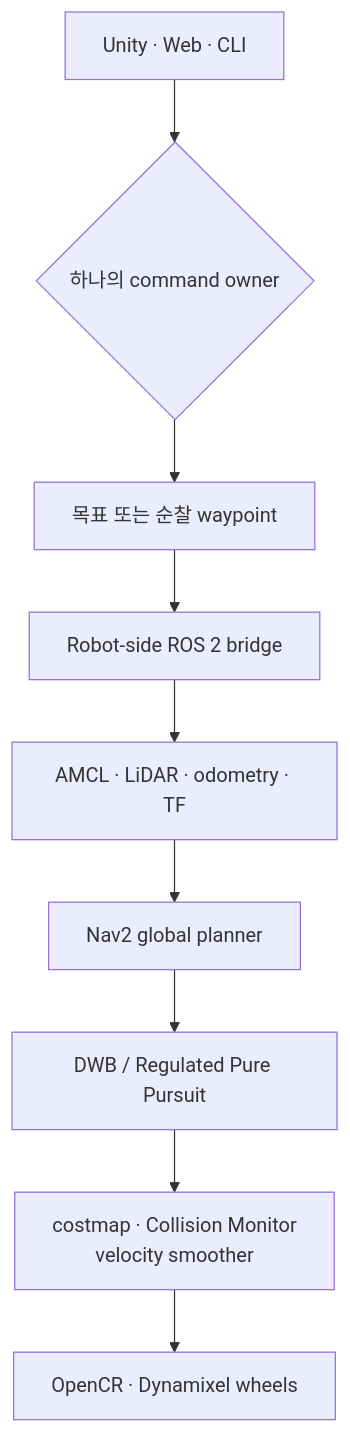
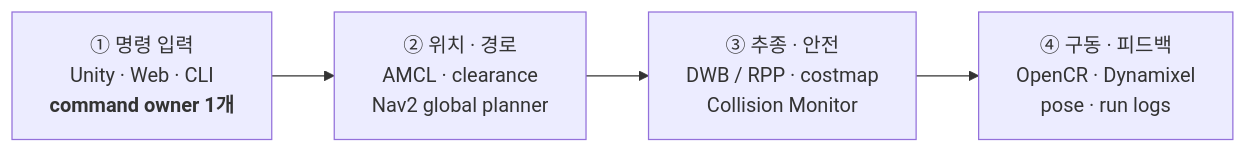
The second of 3 diagrams in README.md (eduwing-robotics/ros2-ai-amr-repo2), drawn with Mermaid before and after one commit. The commit also changed other lines of this file and 3 other files, not shown here.

````diff
--- a/README.md
+++ b/README.md
@@ -317,11 +317,9 @@
 ```mermaid
-flowchart TD
-    UI["Unity · Web · CLI"] --> OWNER{"하나의 command owner"}
-    OWNER --> GOAL["목표 또는 순찰 waypoint"]
-    GOAL --> BRIDGE["Robot-side ROS 2 bridge"]
-    BRIDGE --> LOCALIZE["AMCL · LiDAR · odometry · TF"]
-    LOCALIZE --> PLAN["Nav2 global planner"]
-    PLAN --> CONTROL["DWB / Regulated Pure Pursuit"]
-    CONTROL --> SAFE["costmap · Collision Monitor<br/>velocity smoother"]
-    SAFE --> DRIVE["OpenCR · Dynamixel wheels"]
+flowchart LR
+    INPUT["① 명령 입력<br/>Unity · Web · CLI<br/><b>command owner 1개</b>"]
+    NAV["② 위치 · 경로<br/>AMCL · clearance<br/>Nav2 global planner"]
+    CONTROL["③ 추종 · 안전<br/>DWB / RPP · costmap<br/>Collision Monitor"]
+    DRIVE["④ 구동 · 피드백<br/>OpenCR · Dynamixel<br/>pose · run logs"]
+
+    INPUT --> NAV --> CONTROL --> DRIVE
 ```
````
